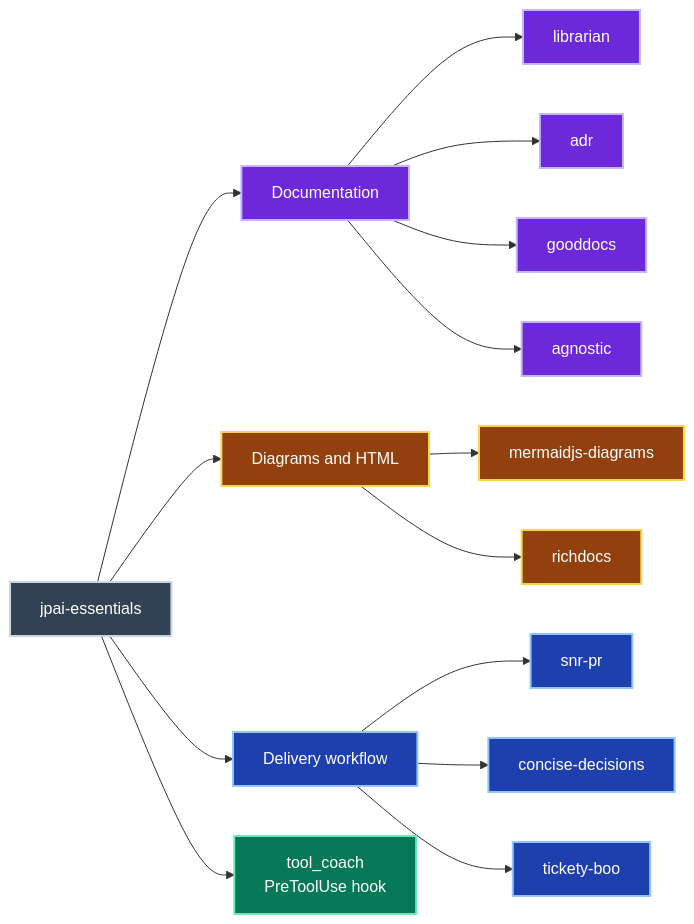
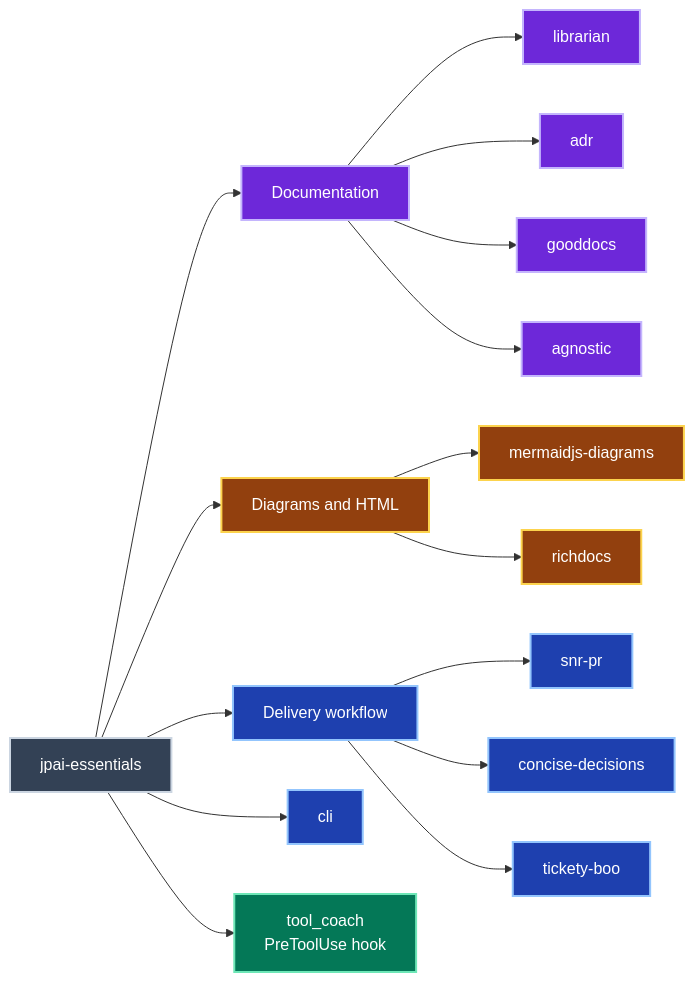
Before and after one commit to jpeakai/skills: the second of 2 diagrams in plugins/jpai-essentials/README.md, drawn with Mermaid. The commit also changed other lines of this file and 86 other files, not shown here.

````diff
--- a/plugins/jpai-essentials/README.md
+++ b/plugins/jpai-essentials/README.md
@@ -27,22 +28,23 @@
 ```mermaid
 flowchart LR
     P["jpai-essentials"]:::plugin
     P --> D["Documentation"]:::docs
     D --> L["librarian"]:::docs
     D --> A["adr"]:::docs
     D --> G["gooddocs"]:::docs
     D --> N["agnostic"]:::docs
     P --> V["Diagrams and HTML"]:::visual
     V --> M["mermaidjs-diagrams"]:::visual
     V --> R["richdocs"]:::visual
     P --> W["Delivery workflow"]:::delivery
     W --> S["snr-pr"]:::delivery
     W --> C["concise-decisions"]:::delivery
     W --> T["tickety-boo"]:::delivery
+    P --> CLI["cli"]:::delivery
     P --> H["tool_coach<br/>PreToolUse hook"]:::hook
     classDef plugin fill:#334155,stroke:#cbd5e1,color:#ffffff,stroke-width:2px
     classDef docs fill:#6d28d9,stroke:#c4b5fd,color:#ffffff,stroke-width:2px
     classDef visual fill:#92400e,stroke:#fcd34d,color:#ffffff,stroke-width:2px
     classDef delivery fill:#1e40af,stroke:#93c5fd,color:#ffffff,stroke-width:2px
     classDef hook fill:#047857,stroke:#6ee7b7,color:#ffffff,stroke-width:2px
 ```
````
